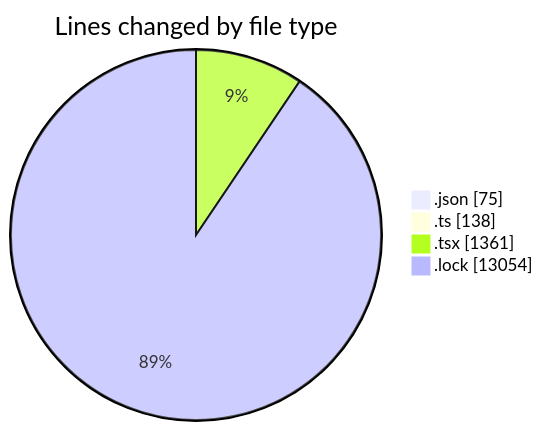
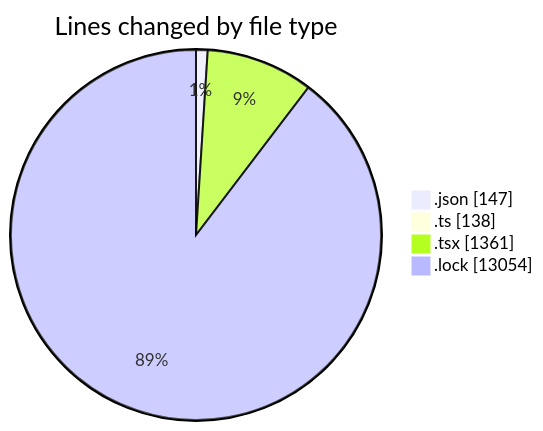
Before and after one commit to momahboobian/code-tracking: the first of 2 diagrams in 2025-05-07/cda/README.md, drawn with Mermaid. The commit also changed other lines of this file and 1 other file, not shown here.

````diff
--- a/2025-05-07/cda/README.md
+++ b/2025-05-07/cda/README.md
@@ -36,8 +37,8 @@
 ```mermaid
 pie showData
 title Lines changed by file type
-".json" : 75
+".json" : 147
 ".ts" : 138
 ".tsx" : 1361
 ".lock" : 13054
 ```
````
